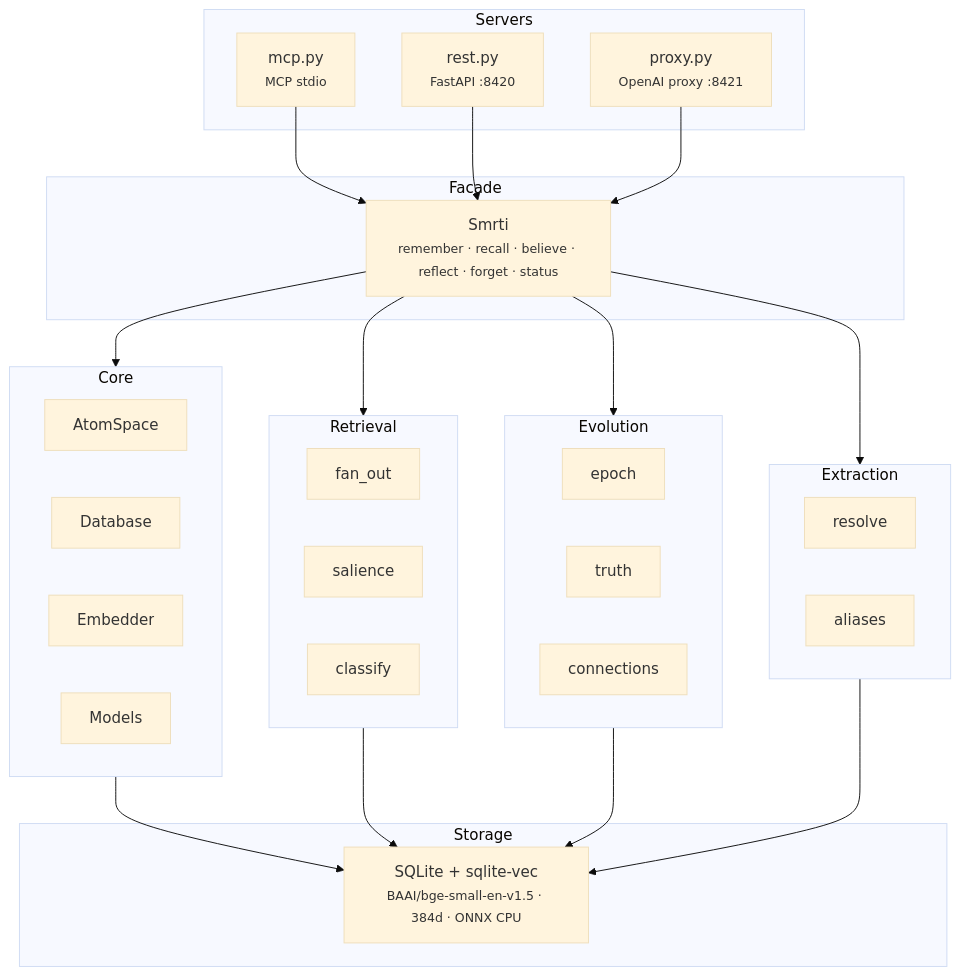
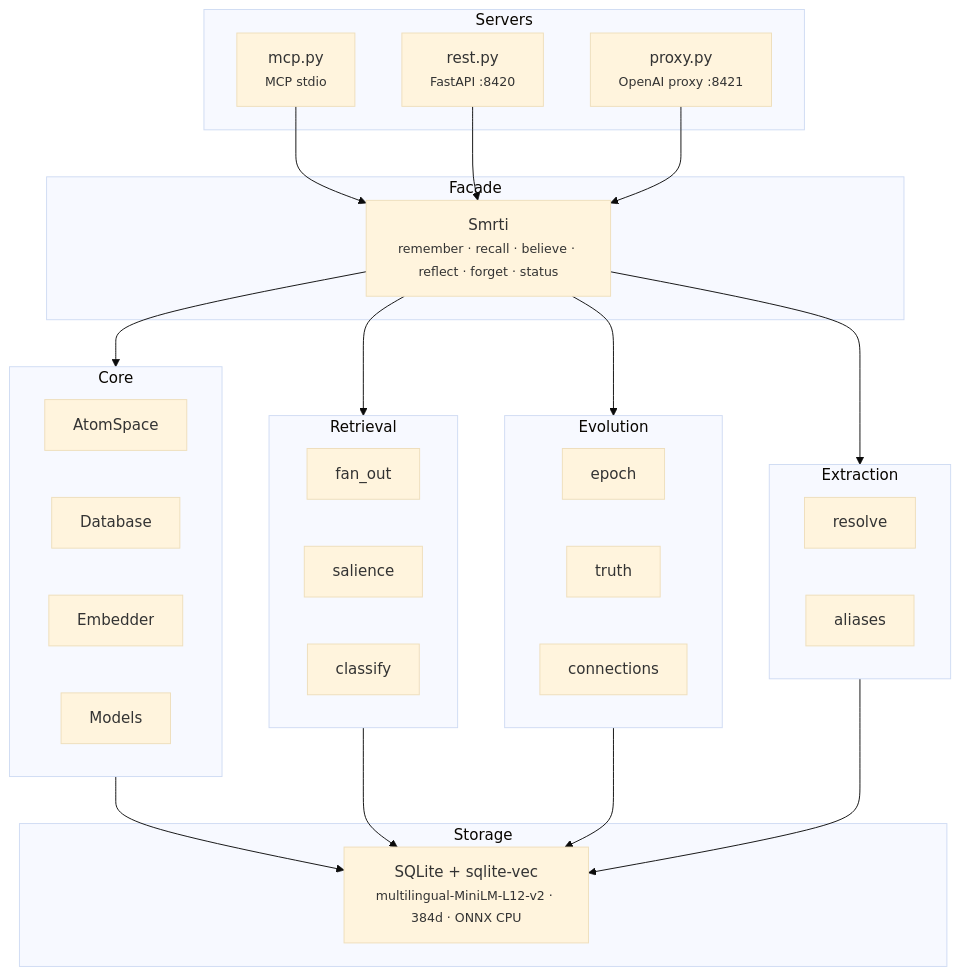
The diagram in README.md (cyqlelabs/smrti), drawn with Mermaid (base theme) before and after one commit. The commit also changed 2 other files, not shown here.

Commit message:
docs: update embedding model references to multilingual-MiniLM-L12-v2
All three doc files still referenced BAAI/bge-small-en-v1.5 after the
model switch in adcf6d1. Updated CLAUDE.md (model name, new
sentiment.py module, auto-valence behavior), README.md (Mermaid
diagram), and docs/index.html (architecture section).

````diff
--- a/README.md
+++ b/README.md
@@ -247,44 +247,44 @@
 ```mermaid
 graph TD
     subgraph Facade
         S["Smrti<br/><small>remember · recall · believe · reflect · forget · status</small>"]
     end
 
     subgraph Servers
         MCP["mcp.py<br/><small>MCP stdio</small>"]
         REST["rest.py<br/><small>FastAPI :8420</small>"]
         PROXY["proxy.py<br/><small>OpenAI proxy :8421</small>"]
     end
 
     subgraph Core
         AS["AtomSpace"]
         DB["Database"]
         EMB["Embedder"]
         MOD["Models"]
     end
 
     subgraph Retrieval
         FAN["fan_out"]
         SAL["salience"]
         CLS["classify"]
     end
 
     subgraph Evolution
         EPO["epoch"]
         TRU["truth"]
         CON["connections"]
     end
 
     subgraph Extraction
         RES["resolve"]
         ALI["aliases"]
     end
 
     subgraph Storage
-        SQL["SQLite + sqlite-vec<br/><small>BAAI/bge-small-en-v1.5 · 384d · ONNX CPU</small>"]
+        SQL["SQLite + sqlite-vec<br/><small>multilingual-MiniLM-L12-v2 · 384d · ONNX CPU</small>"]
     end
 
     MCP & REST & PROXY --> S
     S --> Core & Retrieval & Evolution & Extraction
     Core & Retrieval & Evolution & Extraction --> SQL
 ```
````
